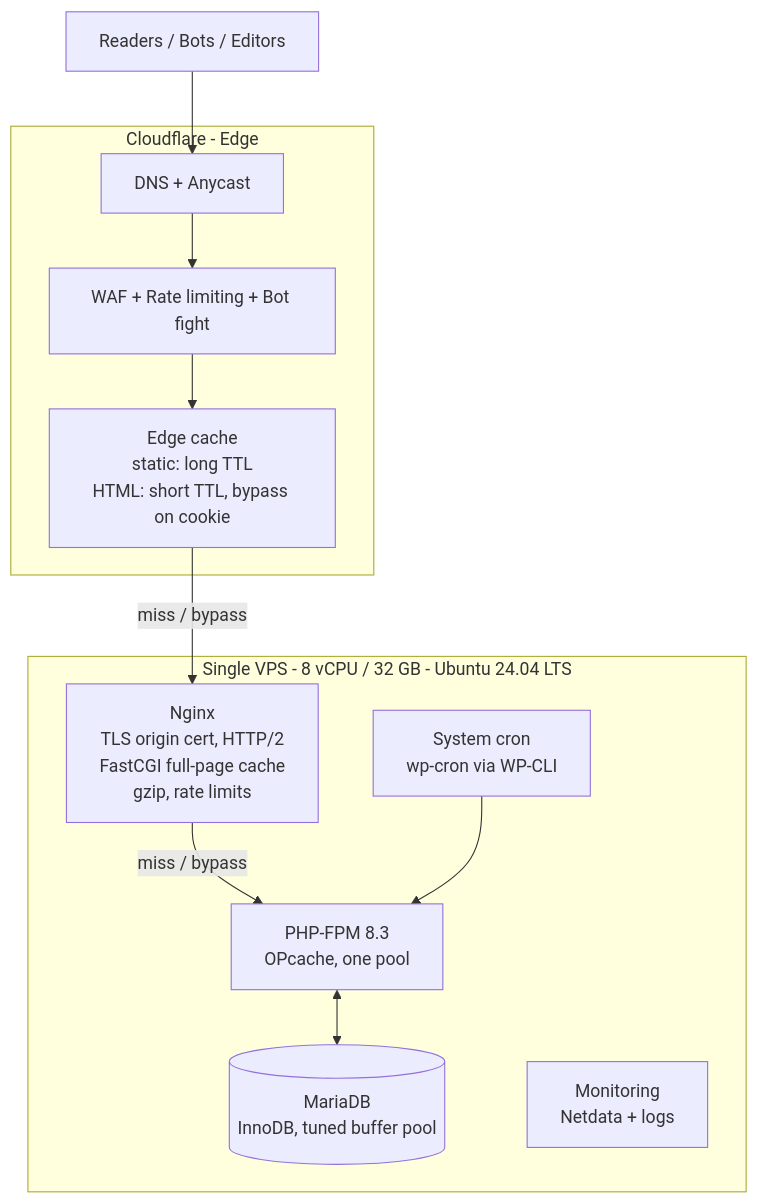
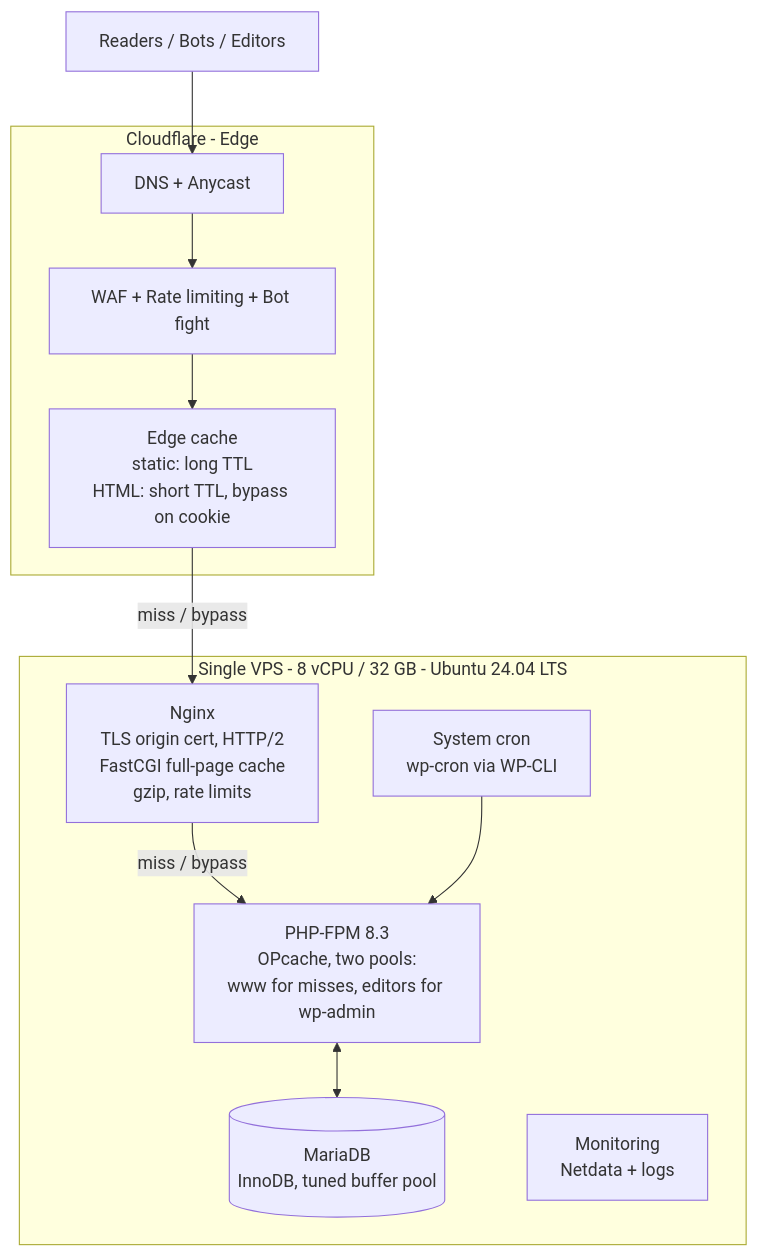
Before and after one commit to salimserdar/news-wp-architecture: the first of 2 diagrams in docs/reference/architecture.md, drawn with Mermaid. The commit also changed 22 other files, not shown here.

Commit message:
fix: php pool config (#1)

````diff
--- a/docs/reference/architecture.md
+++ b/docs/reference/architecture.md
@@ -5,24 +5,24 @@
 ```mermaid
 flowchart TB
     R[Readers / Bots / Editors]
 
     subgraph CF[Cloudflare - Edge]
         DNS[DNS + Anycast]
         WAF[WAF + Rate limiting + Bot fight]
         EC[Edge cache<br/>static: long TTL<br/>HTML: short TTL, bypass on cookie]
     end
 
     subgraph VPS[Single VPS - 8 vCPU / 32 GB - Ubuntu 24.04 LTS]
         NG[Nginx<br/>TLS origin cert, HTTP/2<br/>FastCGI full-page cache<br/>gzip, rate limits]
-        FPM[PHP-FPM 8.3<br/>OPcache, one pool]
+        FPM[PHP-FPM 8.3<br/>OPcache, two pools:<br/>www for misses, editors for wp-admin]
         DB[(MariaDB<br/>InnoDB, tuned buffer pool)]
         CRON[System cron<br/>wp-cron via WP-CLI]
         MON[Monitoring<br/>Netdata + logs]
     end
 
     R --> DNS --> WAF --> EC
     EC -- "miss / bypass" --> NG
     NG -- "miss / bypass" --> FPM
     FPM <--> DB
     CRON --> FPM
 ```
````
